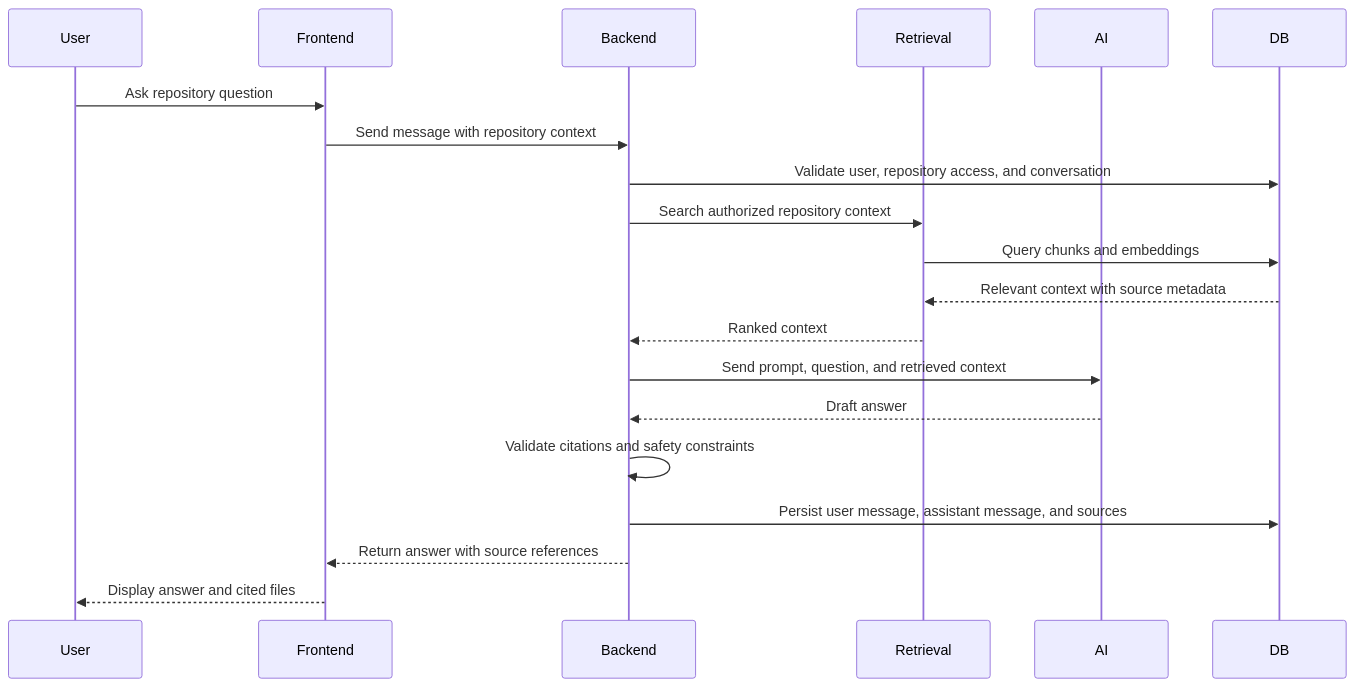
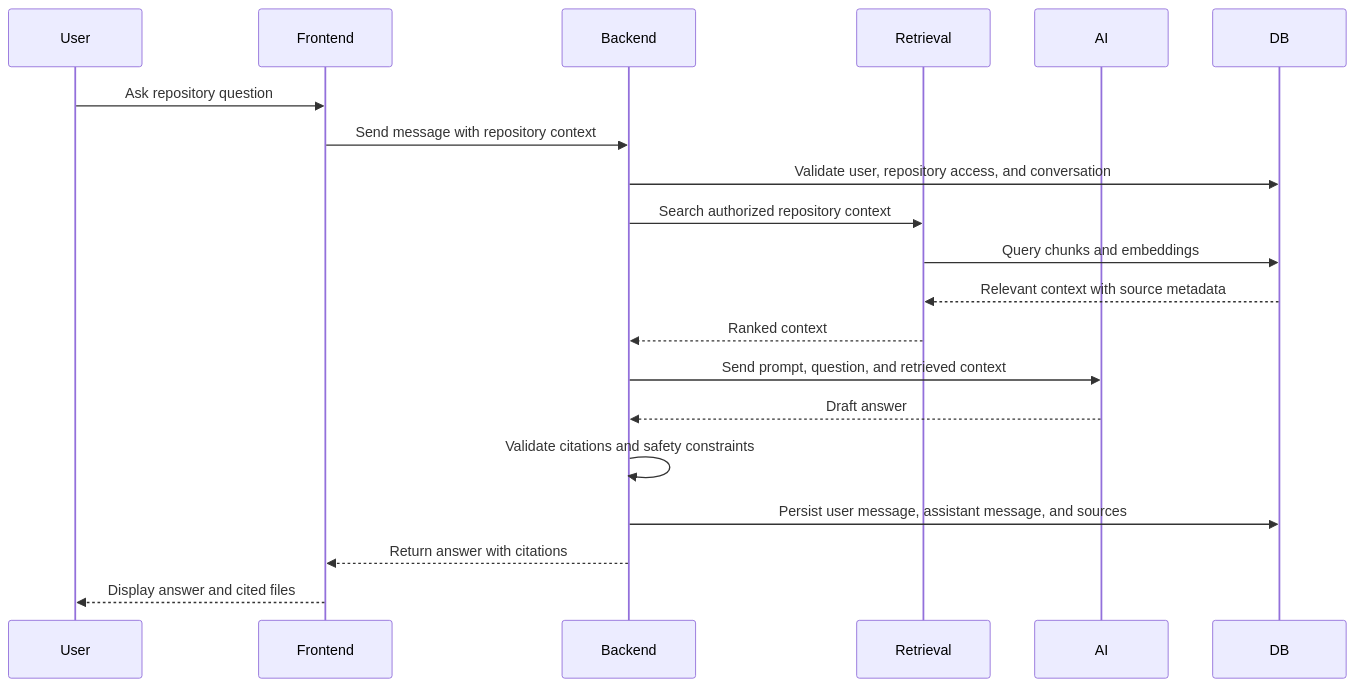
The ninth of 12 diagrams in docs/ARCHITECTURE.md (Karthikrnaik24/RepoMind_AI), drawn with Mermaid before and after one commit. The commit also changed other lines of this file and 7 other files, not shown here.

Commit message:
docs: align architecture database api and ui documentation

````diff
--- a/docs/ARCHITECTURE.md
+++ b/docs/ARCHITECTURE.md
@@ -484,23 +553,23 @@
 ```mermaid
 sequenceDiagram
     participant User
     participant Frontend
     participant Backend
     participant Retrieval
     participant AI
     participant DB
 
     User->>Frontend: Ask repository question
     Frontend->>Backend: Send message with repository context
     Backend->>DB: Validate user, repository access, and conversation
     Backend->>Retrieval: Search authorized repository context
     Retrieval->>DB: Query chunks and embeddings
     DB-->>Retrieval: Relevant context with source metadata
     Retrieval-->>Backend: Ranked context
     Backend->>AI: Send prompt, question, and retrieved context
     AI-->>Backend: Draft answer
     Backend->>Backend: Validate citations and safety constraints
     Backend->>DB: Persist user message, assistant message, and sources
-    Backend-->>Frontend: Return answer with source references
+    Backend-->>Frontend: Return answer with citations
     Frontend-->>User: Display answer and cited files
 ```
````
